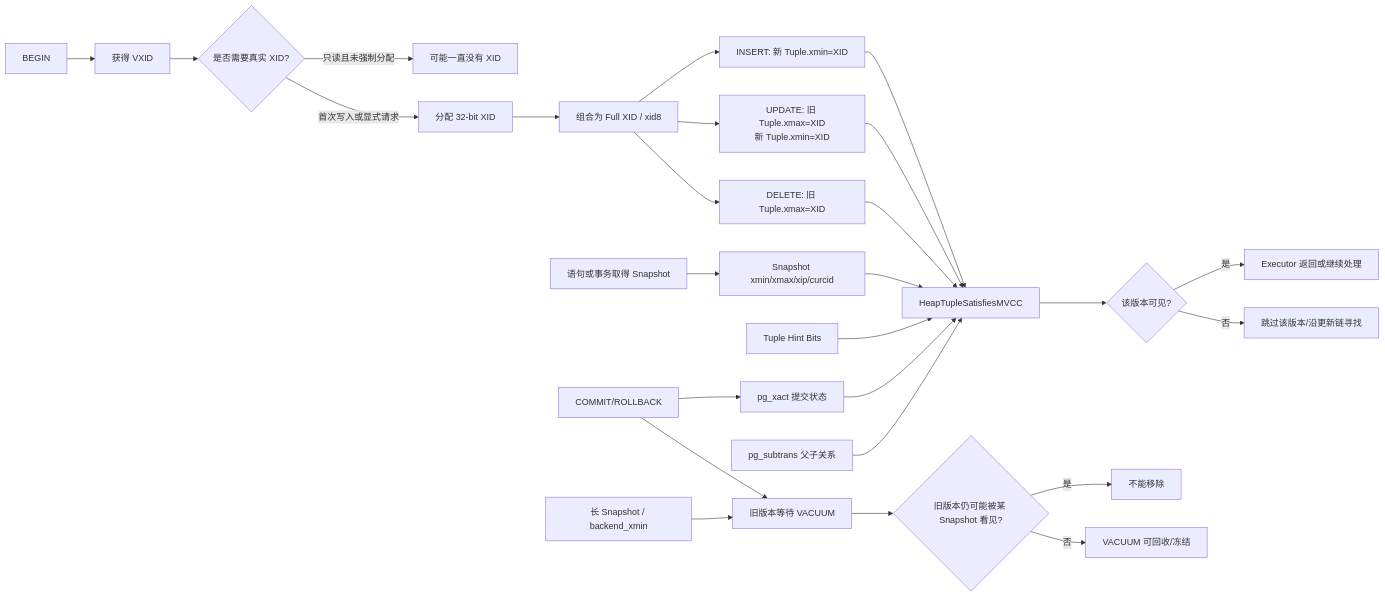
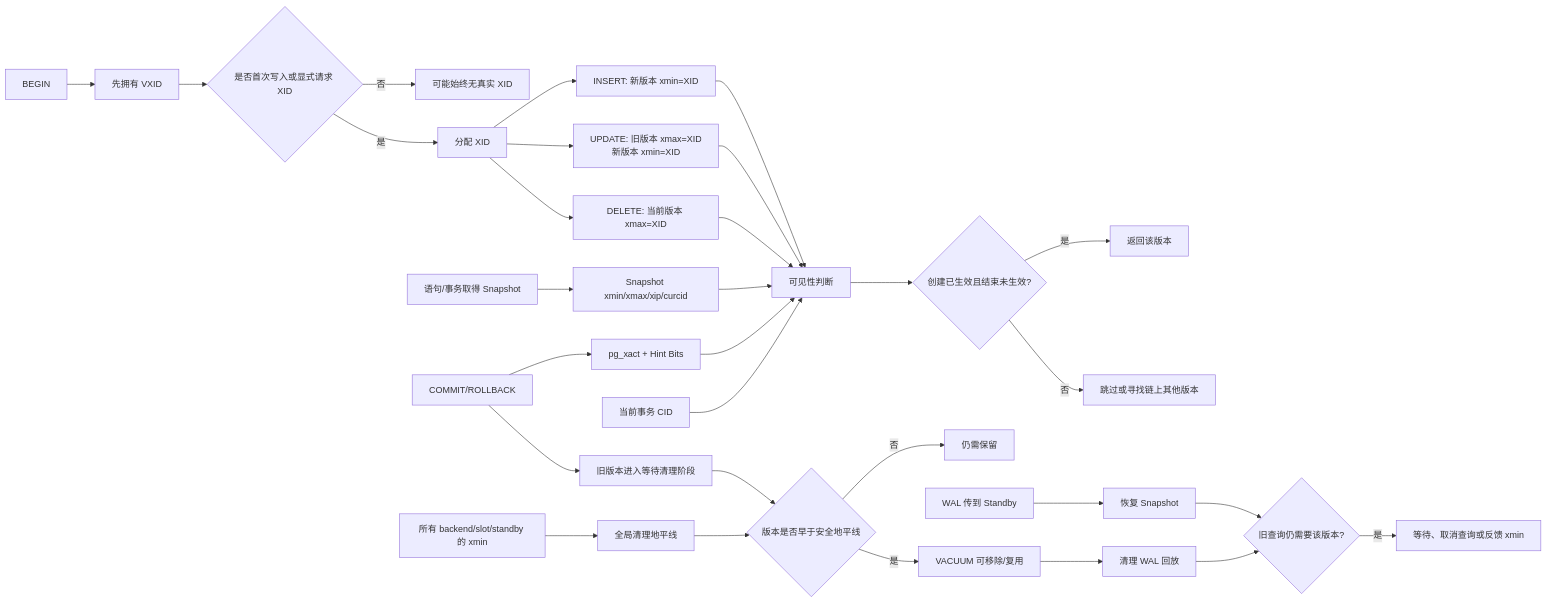
One commit to LienJack/learn-agent changed the diagram in src/content/blog/zh/tech/PostgreSQL/assets/09-postgresql-mvcc-snapshot-tuple/mermaid-01.mmd. Above: the diagram before and after it, drawn with Mermaid. The commit also changed 65 other files, not shown here.

```diff
--- a/src/content/blog/zh/tech/PostgreSQL/assets/09-postgresql-mvcc-snapshot-tuple/mermaid-01.mmd
+++ b/src/content/blog/zh/tech/PostgreSQL/assets/09-postgresql-mvcc-snapshot-tuple/mermaid-01.mmd
@@ -1,29 +1,35 @@
 flowchart LR
-    A[BEGIN] --> B[获得 VXID]
-    B --> C{是否需要真实 XID?}
-    C -- 只读且未强制分配 --> D[可能一直没有 XID]
-    C -- 首次写入或显式请求 --> E[分配 32-bit XID]
-    E --> F[组合为 Full XID / xid8]
-    F --> G[INSERT: 新 Tuple.xmin=XID]
-    F --> H[UPDATE: 旧 Tuple.xmax=XID\n新 Tuple.xmin=XID]
-    F --> I[DELETE: 旧 Tuple.xmax=XID]
+    A[BEGIN] --> B[先拥有 VXID]
+    B --> C{是否首次写入或显式请求 XID}
+    C -- 否 --> D[可能始终无真实 XID]
+    C -- 是 --> E[分配 XID]
 
-    J[语句或事务取得 Snapshot] --> K[Snapshot xmin/xmax/xip/curcid]
-    G --> L[HeapTupleSatisfiesMVCC]
-    H --> L
-    I --> L
-    K --> L
-    M[Tuple Hint Bits] --> L
-    N[pg_xact 提交状态] --> L
-    O[pg_subtrans 父子关系] --> L
+    E --> F[INSERT: 新版本 xmin=XID]
+    E --> G[UPDATE: 旧版本 xmax=XID\n新版本 xmin=XID]
+    E --> H[DELETE: 当前版本 xmax=XID]
 
-    L --> P{该版本可见?}
-    P -- 是 --> Q[Executor 返回或继续处理]
-    P -- 否 --> R[跳过该版本/沿更新链寻找]
+    I[语句/事务取得 Snapshot] --> J[Snapshot xmin/xmax/xip/curcid]
+    F --> K[可见性判断]
+    G --> K
+    H --> K
+    J --> K
+    L[pg_xact + Hint Bits] --> K
+    M[当前事务 CID] --> K
 
-    S[COMMIT/ROLLBACK] --> N
-    S --> T[旧版本等待 VACUUM]
-    U[长 Snapshot / backend_xmin] --> T
-    T --> V{旧版本仍可能被某 Snapshot 看见?}
-    V -- 是 --> W[不能移除]
-    V -- 否 --> X[VACUUM 可回收/冻结]
+    K --> N{创建已生效且结束未生效?}
+    N -- 是 --> O[返回该版本]
+    N -- 否 --> P[跳过或寻找链上其他版本]
+
+    Q[COMMIT/ROLLBACK] --> L
+    Q --> R[旧版本进入等待清理阶段]
+    S[所有 backend/slot/standby 的 xmin] --> T[全局清理地平线]
+    R --> U{版本是否早于安全地平线}
+    T --> U
+    U -- 否 --> V[仍需保留]
+    U -- 是 --> W[VACUUM 可移除/复用]
+
+    X[WAL 传到 Standby] --> Y[恢复 Snapshot]
+    W --> Z[清理 WAL 回放]
+    Y --> AA{旧查询仍需要该版本?}
+    Z --> AA
+    AA -- 是 --> AB[等待、取消查询或反馈 xmin]
```
